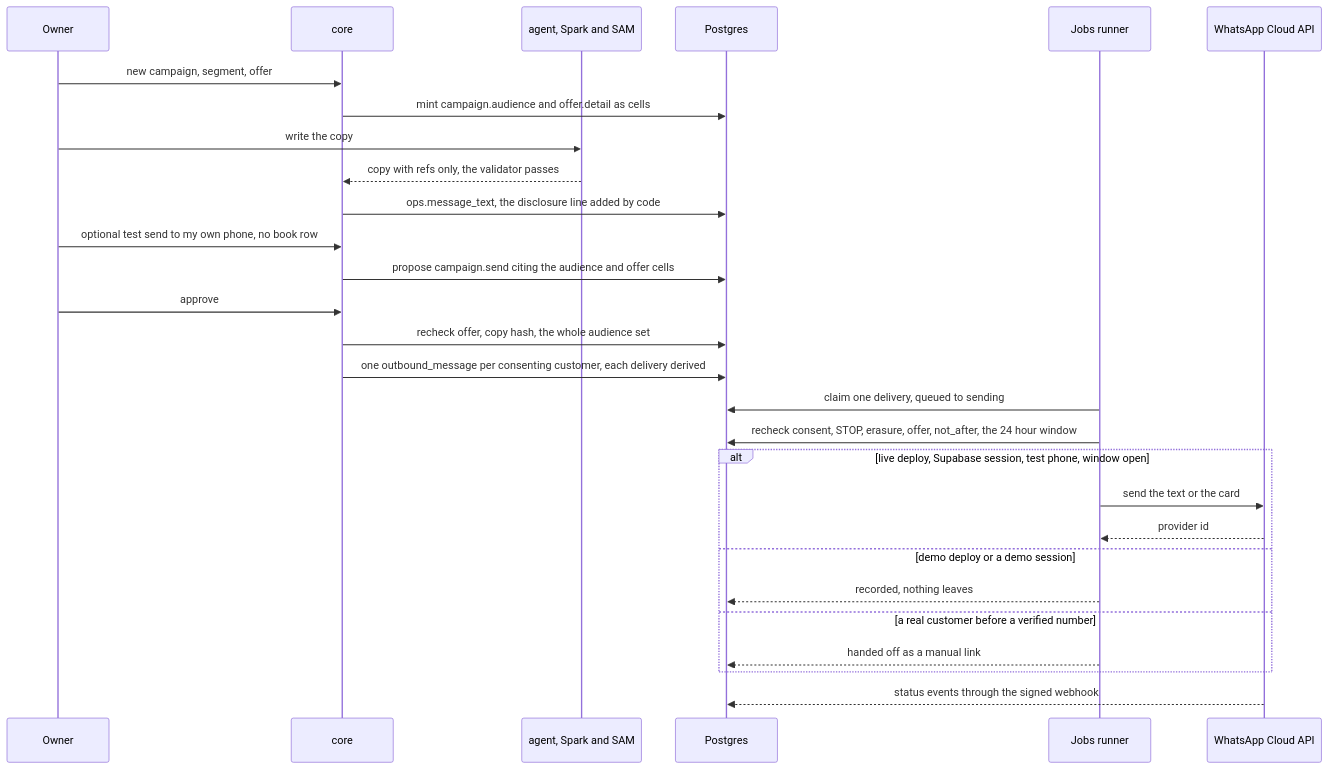
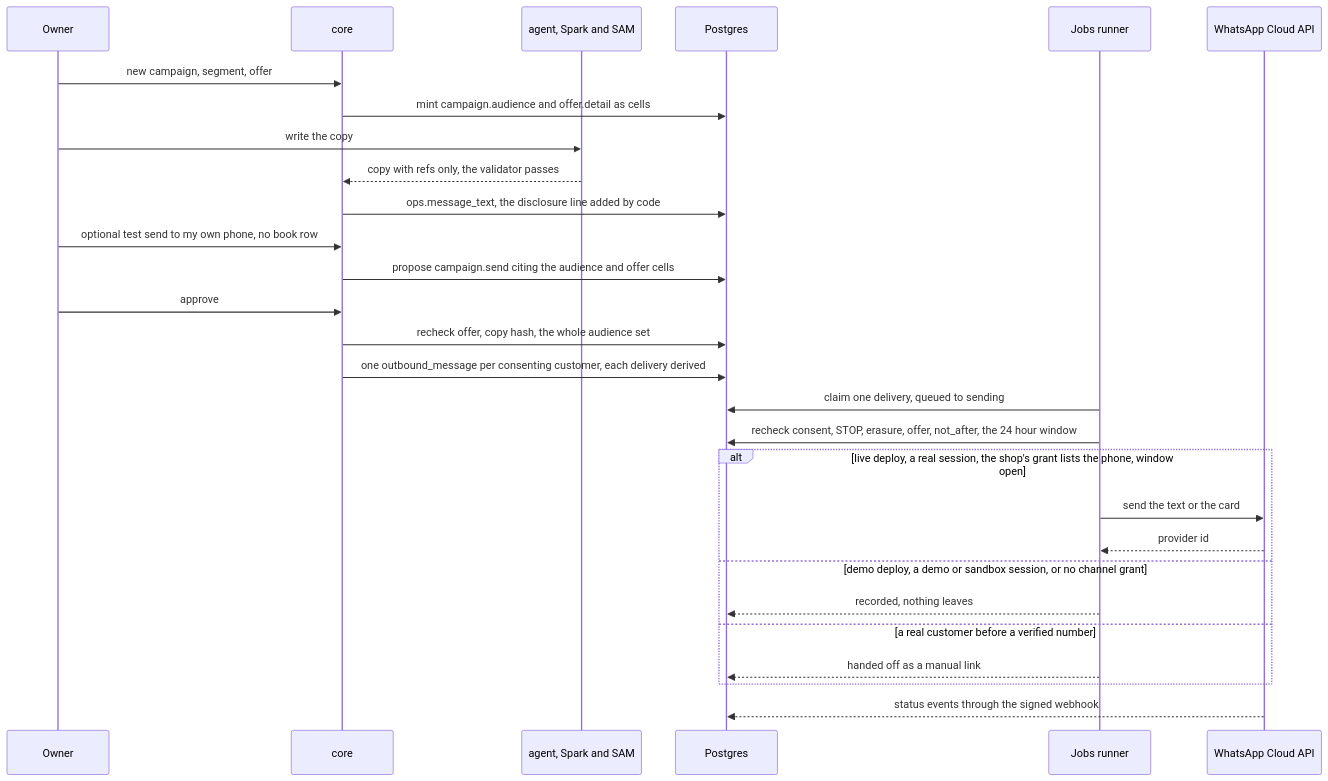
Before and after one commit to SawhneySatvik/munshi: diagram 16 of 19 in docs/BLUEPRINT.md, drawn with Mermaid. The commit also changed other lines of this file, not shown here.

````diff
--- a/docs/BLUEPRINT.md
+++ b/docs/BLUEPRINT.md
@@ -1904,30 +2132,30 @@
 ```mermaid
 sequenceDiagram
   participant O as Owner
   participant C as core
   participant G as agent, Spark and SAM
   participant D as Postgres
   participant J as Jobs runner
   participant W as WhatsApp Cloud API
   O->>C: new campaign, segment, offer
   C->>D: mint campaign.audience and offer.detail as cells
   O->>G: write the copy
   G-->>C: copy with refs only, the validator passes
   C->>D: ops.message_text, the disclosure line added by code
   O->>C: optional test send to my own phone, no book row
   C->>D: propose campaign.send citing the audience and offer cells
   O->>C: approve
   C->>D: recheck offer, copy hash, the whole audience set
   C->>D: one outbound_message per consenting customer, each delivery derived
   J->>D: claim one delivery, queued to sending
   J->>D: recheck consent, STOP, erasure, offer, not_after, the 24 hour window
-  alt live deploy, Supabase session, test phone, window open
+  alt live deploy, a real session, the shop's grant lists the phone, window open
     J->>W: send the text or the card
     W-->>J: provider id
-  else demo deploy or a demo session
+  else demo deploy, a demo or sandbox session, or no channel grant
     J-->>D: recorded, nothing leaves
   else a real customer before a verified number
     J-->>D: handed off as a manual link
   end
   W-->>D: status events through the signed webhook
 ```
````
